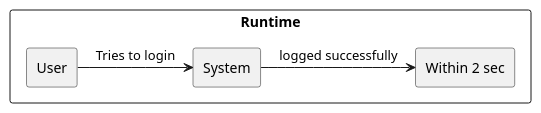
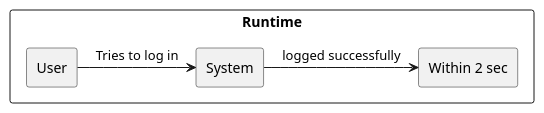
Before and after one commit to USI-MSDE-SA-2022/software-architecture-model-tmshts: the seventh of 12 diagrams in src/sa/model/index.md, drawn with PlantUML. The commit also changed other lines of this file, not shown here.

````diff
--- a/src/sa/model/index.md
+++ b/src/sa/model/index.md
@@ -408,20 +402,20 @@
 ```puml
 @startuml
 
 skinparam componentStyle rectangle
 skinparam monochrome true
 skinparam shadowing false
 
 rectangle "Runtime" {
 
 rectangle "User" as Source
 rectangle "Within 2 sec" as Measure
 
-Source -> [System] : "Tries to login"
+Source -> [System] : "Tries to log in"
 
 [System] -> [Measure] : "logged successfully"
 
 }
 
 @enduml
 ```
````
